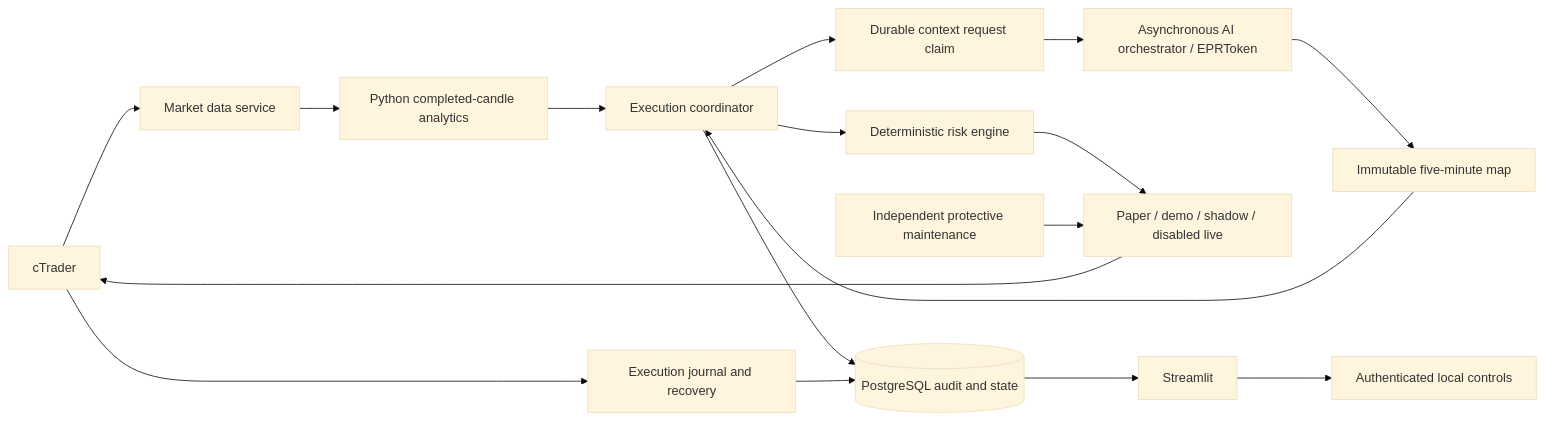
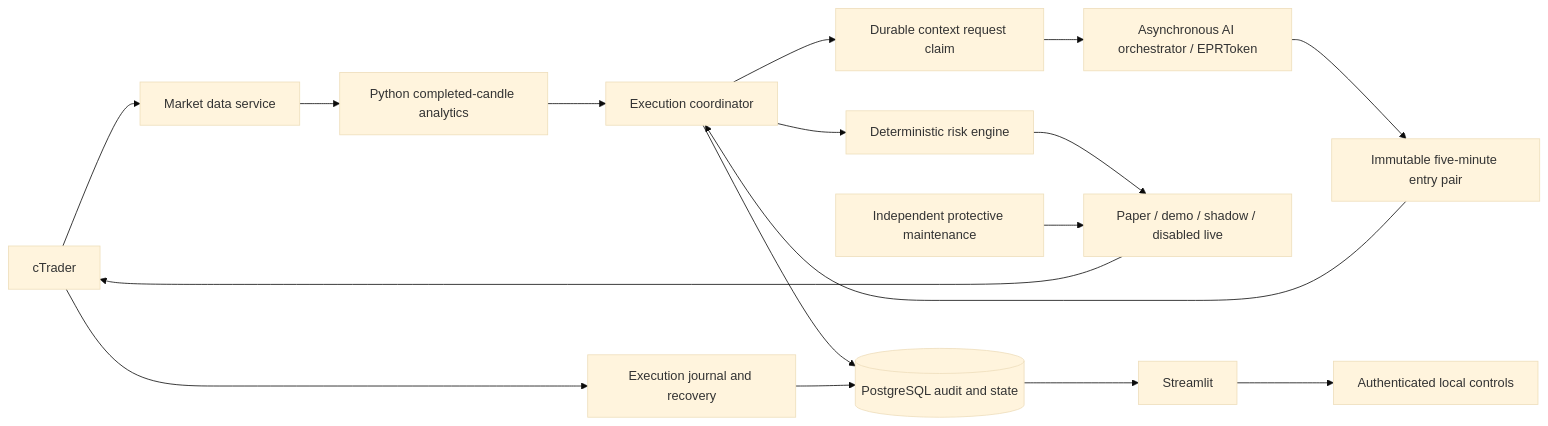
One commit to AegisFintech/scalping-bot changed the diagram in docs/architecture.md. Above: the diagram before and after it, drawn with Mermaid (base theme). The commit also changed other lines of this file and 37 other files, not shown here.

````diff
--- a/docs/architecture.md
+++ b/docs/architecture.md
@@ -14,19 +20,19 @@
 ```mermaid
 flowchart LR
   Broker[cTrader] --> Market[Market data service]
   Market --> Analytics[Python completed-candle analytics]
   Analytics --> Coordinator[Execution coordinator]
   Coordinator --> Claim[Durable context request claim]
   Claim --> AI[Asynchronous AI orchestrator / EPRToken]
-  AI --> Context[Immutable five-minute map]
+  AI --> Context[Immutable five-minute entry pair]
   Context --> Coordinator
   Coordinator --> Risk[Deterministic risk engine]
   Risk --> Gateway[Paper / demo / shadow / disabled live]
   Gateway --> Broker
   Maintenance[Independent protective maintenance] --> Gateway
   Coordinator --> DB[(PostgreSQL audit and state)]
   Broker --> Journal[Execution journal and recovery]
   Journal --> DB
   DB --> UI[Streamlit]
   UI --> Controls[Authenticated local controls]
 ```
````
